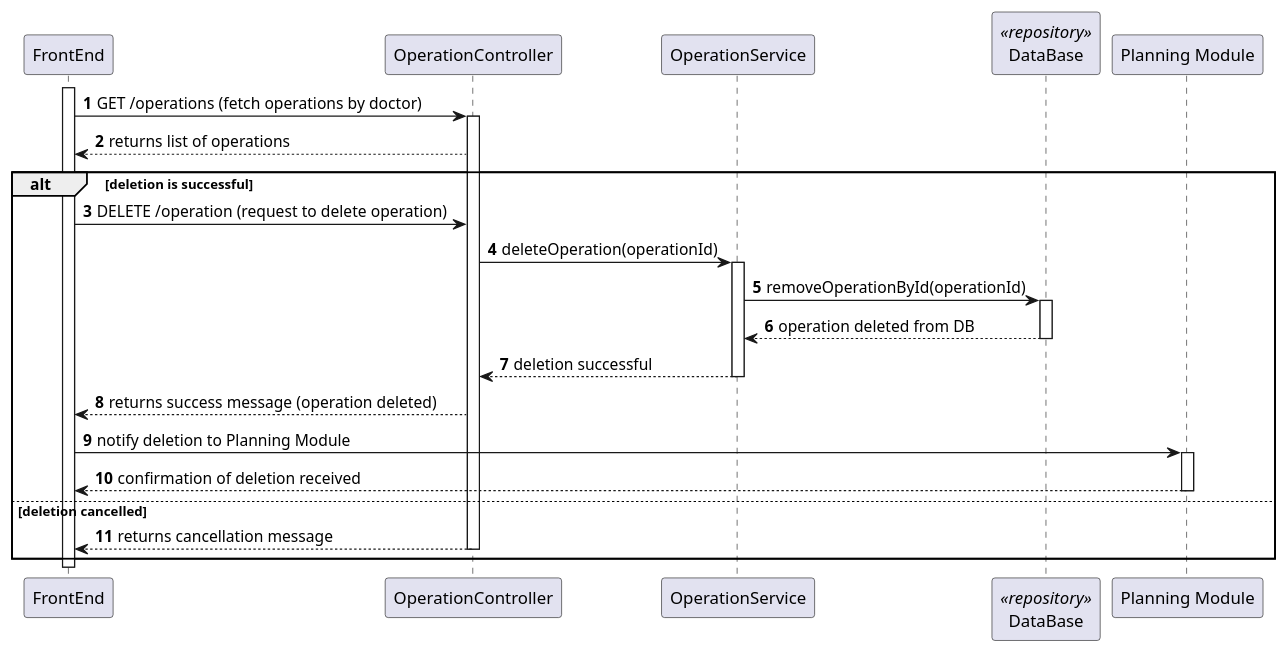
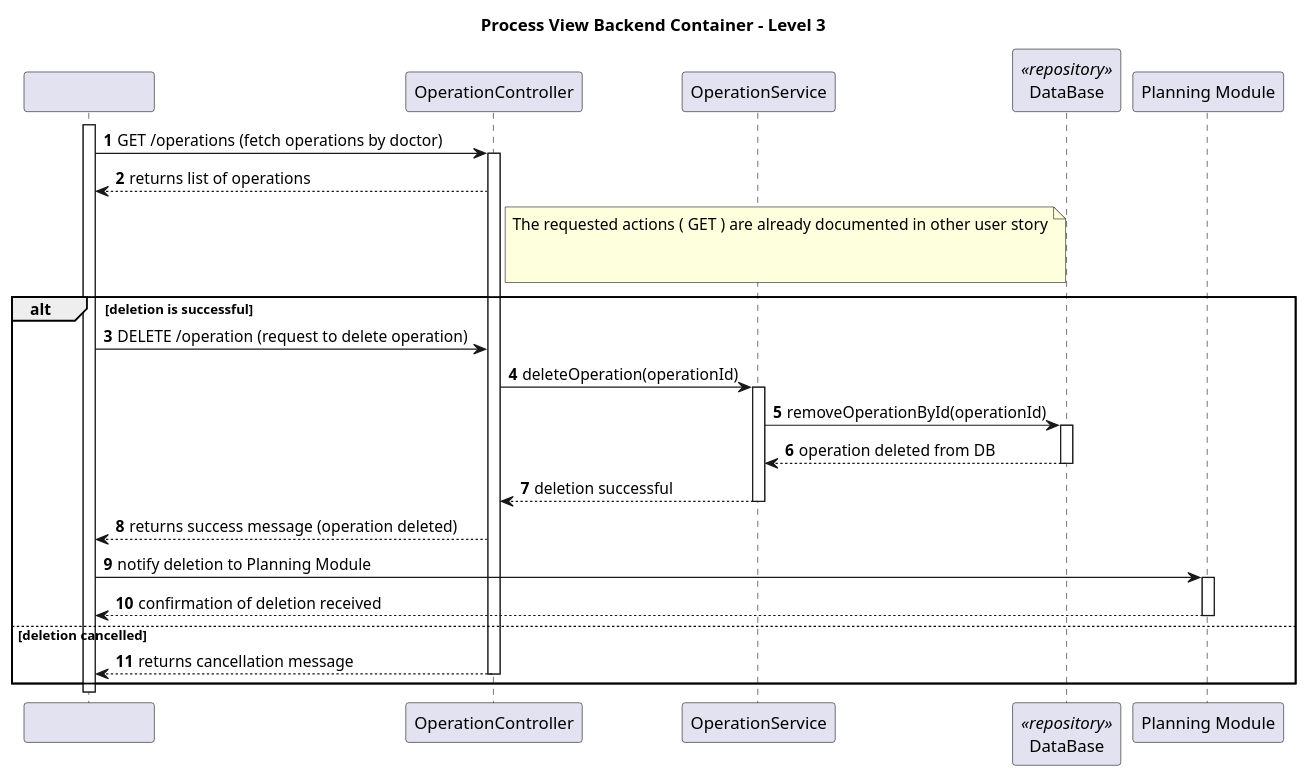
The diagram in Docs/SprintA/US18/level3/process_view.puml (Saquinho74/LAPR5), drawn with PlantUML before and after one commit. The commit also changed 2 other files, not shown here.

Commit message:
#18 Process view levels updated Logical changes

```diff
--- a/Docs/SprintA/US18/level3/process_view.puml
+++ b/Docs/SprintA/US18/level3/process_view.puml
@@ -1,74 +1,83 @@
 @startuml
 'https://plantuml.com/sequence-diagram
 
 autonumber
 
-participant "FrontEnd" as sys
+participant "                          " as sys
 participant "OperationController" as ctrl
 participant "OperationService" as serv
 participant "DataBase" as repo <<repository>>
 participant "Planning Module" as planning
+
+title Process View Backend Container - Level 3
 
 activate sys
 
 
 sys -> ctrl : GET /operations (fetch operations by doctor)
 
 activate ctrl
 
 ctrl --> sys: returns list of operations
+
+
+note right of ctrl
+  The requested actions ( GET ) are already documented in other user story
+
+
+end note
 
 
 
 
 
 deactivate repo
 
 
 deactivate serv
 
 
 
 
 alt deletion is successful
 
 sys -> ctrl : DELETE /operation (request to delete operation)
 
     ctrl -> serv: deleteOperation(operationId)
 
     activate serv
 
     serv -> repo: removeOperationById(operationId)
 
     activate repo
 
     repo --> serv: operation deleted from DB
 
     deactivate repo
 
     serv --> ctrl: deletion successful
 
     deactivate serv
 
     ctrl --> sys: returns success message (operation deleted)
 
     sys -> planning: notify deletion to Planning Module
 
     activate planning
 
     planning --> sys: confirmation of deletion received
 
     deactivate planning
 
 else deletion cancelled
 
     ctrl --> sys: returns cancellation message
 
     deactivate ctrl
 
 end
 
 deactivate sys
 deactivate ctrl
 
 @enduml
```
